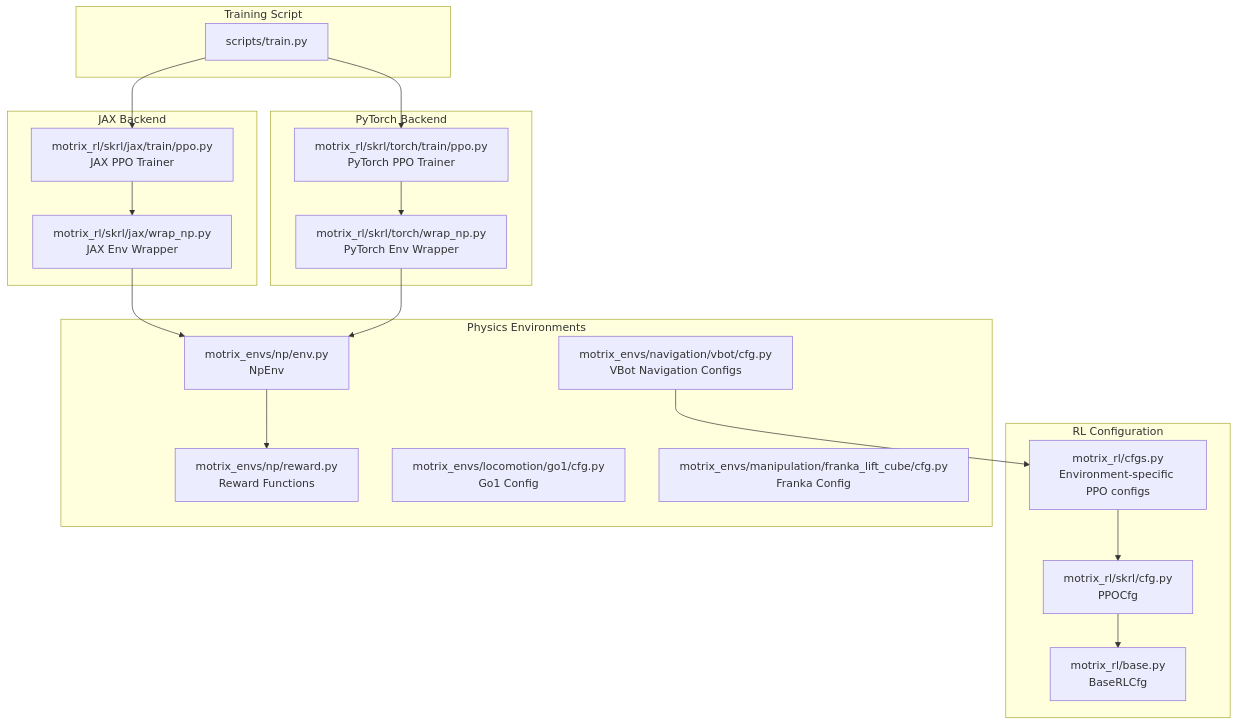
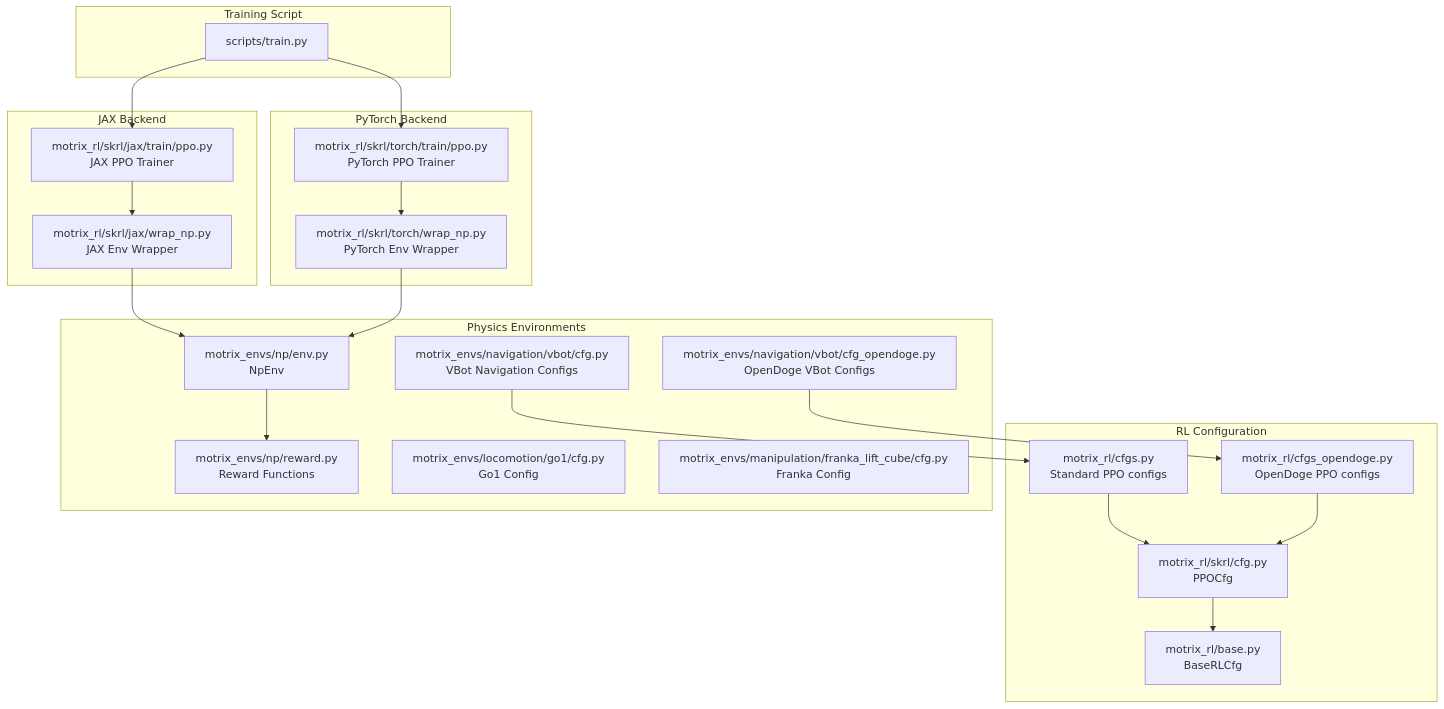
One commit to jayjayhust/MotrixLab changed the first of 6 diagrams in .qoder/repowiki/en/content/Training Framework Integration/PPO Training Implementation.md. Above: the diagram before and after it, drawn with Mermaid. The commit also changed other lines of this file and 8 other files, not shown here.

````diff
--- a/.qoder/repowiki/en/content/Training Framework Integration/PPO Training Implementation.md
+++ b/.qoder/repowiki/en/content/Training Framework Integration/PPO Training Implementation.md
@@ -52,36 +56,40 @@
 ```mermaid
 graph TB
 subgraph "Training Script"
 T["scripts/train.py"]
 end
 subgraph "RL Configuration"
 BC["motrix_rl/base.py<br/>BaseRLCfg"]
 PC["motrix_rl/skrl/cfg.py<br/>PPOCfg"]
-GC["motrix_rl/cfgs.py<br/>Environment-specific PPO configs"]
+GC["motrix_rl/cfgs.py<br/>Standard PPO configs"]
+ODC["motrix_rl/cfgs_opendoge.py<br/>OpenDoge PPO configs"]
 end
 subgraph "JAX Backend"
 JP["motrix_rl/skrl/jax/train/ppo.py<br/>JAX PPO Trainer"]
 JW["motrix_rl/skrl/jax/wrap_np.py<br/>JAX Env Wrapper"]
 end
 subgraph "PyTorch Backend"
 TP["motrix_rl/skrl/torch/train/ppo.py<br/>PyTorch PPO Trainer"]
 TW["motrix_rl/skrl/torch/wrap_np.py<br/>PyTorch Env Wrapper"]
 end
 subgraph "Physics Environments"
 NE["motrix_envs/np/env.py<br/>NpEnv"]
 RC["motrix_envs/np/reward.py<br/>Reward Functions"]
 EC1["motrix_envs/locomotion/go1/cfg.py<br/>Go1 Config"]
 EC2["motrix_envs/manipulation/franka_lift_cube/cfg.py<br/>Franka Config"]
 EC3["motrix_envs/navigation/vbot/cfg.py<br/>VBot Navigation Configs"]
+EC4["motrix_envs/navigation/vbot/cfg_opendoge.py<br/>OpenDoge VBot Configs"]
 end
 T --> JP
 T --> TP
 JP --> JW
 TP --> TW
 JW --> NE
 TW --> NE
 NE --> RC
 GC --> PC
+ODC --> PC
 PC --> BC
+EC4 --> ODC
 EC3 --> GC
 ```
````
